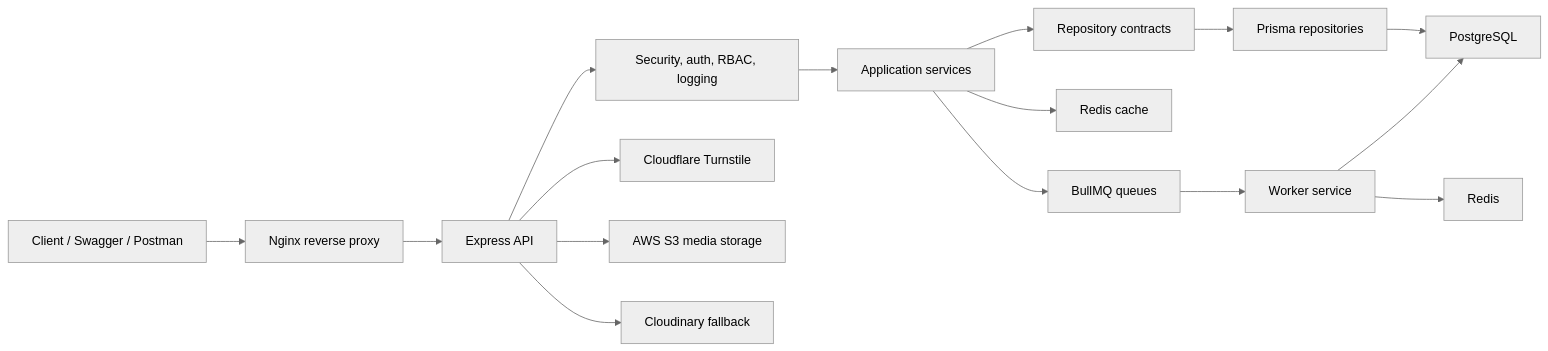
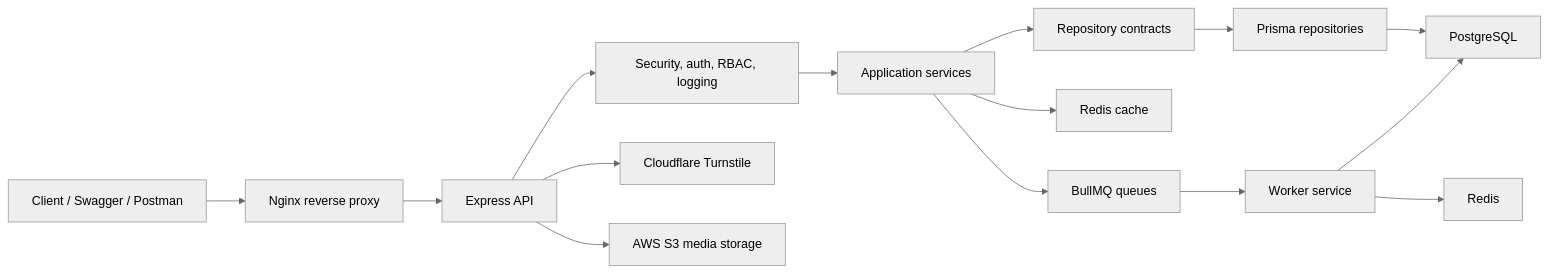
Before and after one commit to tushar-gour/streamly-server: the diagram in README.md, drawn with Mermaid (neutral theme). The commit also changed other lines of this file and 18 other files, not shown here.

````diff
--- a/README.md
+++ b/README.md
@@ -69,18 +69,17 @@
 ```mermaid
 flowchart LR
     Client["Client / Swagger / Postman"] --> Nginx["Nginx reverse proxy"]
     Nginx --> API["Express API"]
     API --> Middleware["Security, auth, RBAC, logging"]
     Middleware --> Services["Application services"]
     Services --> Repositories["Repository contracts"]
     Repositories --> Prisma["Prisma repositories"]
     Prisma --> Postgres["PostgreSQL"]
     Services --> Cache["Redis cache"]
     Services --> Queues["BullMQ queues"]
     Queues --> Worker["Worker service"]
     Worker --> Redis["Redis"]
     Worker --> Postgres
     API --> Cloudflare["Cloudflare Turnstile"]
     API --> S3["AWS S3 media storage"]
-    API --> Cloudinary["Cloudinary fallback"]
 ```
````
